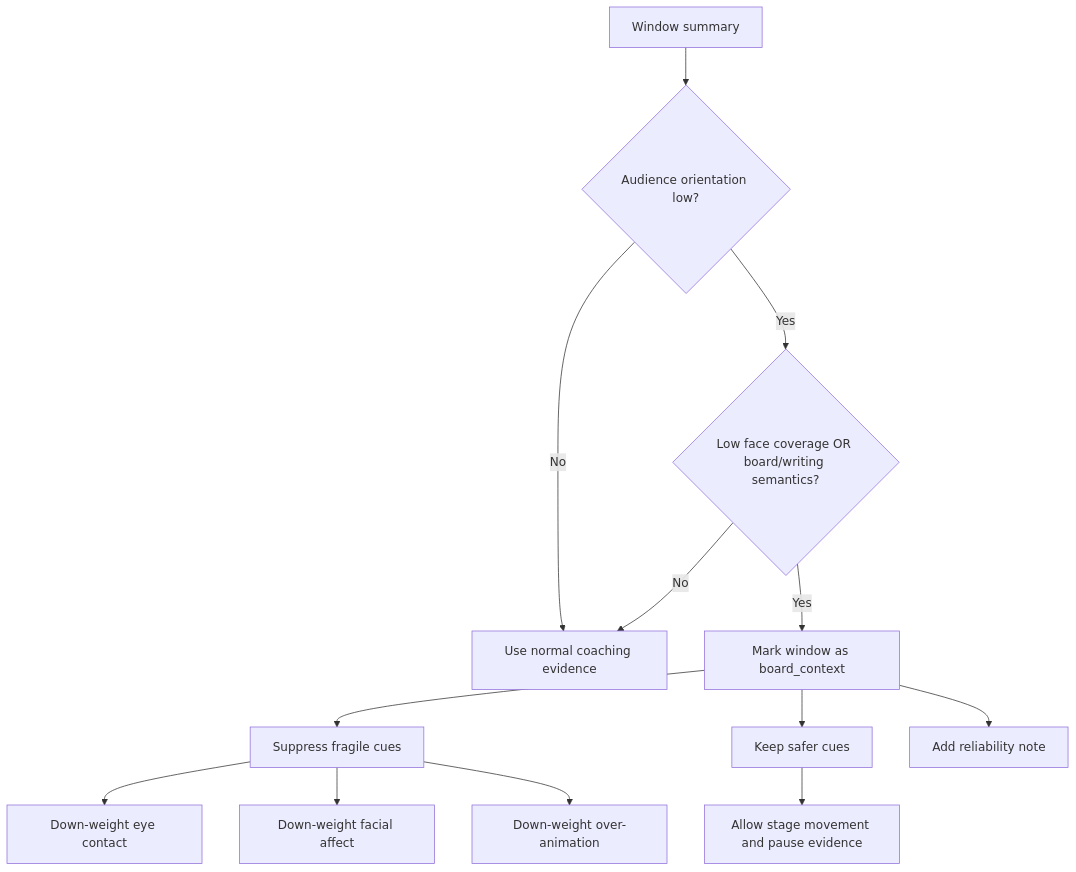
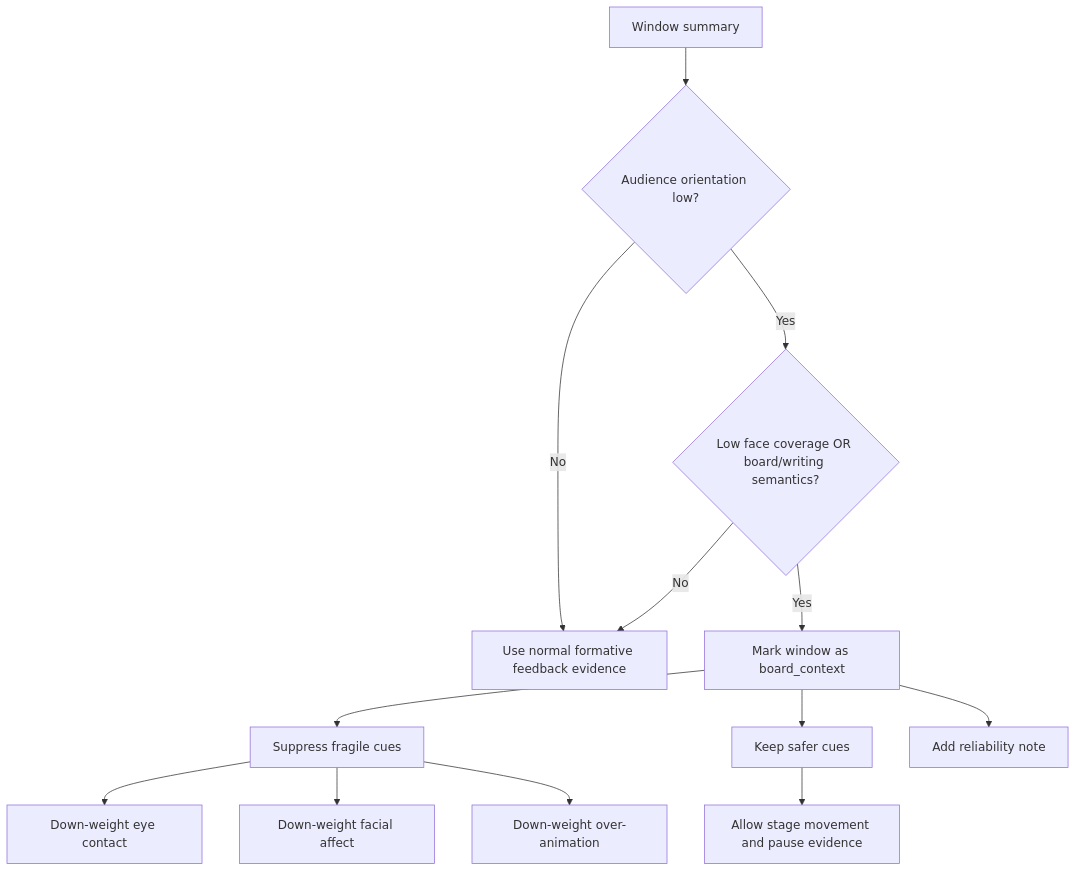
Before and after one commit to kv-248/TeacherEvaluation: the ninth of 9 diagrams in docs/thesis_research_report.md, drawn with Mermaid. The commit also changed other lines of this file and 8 other files, not shown here.

````diff
--- a/docs/thesis_research_report.md
+++ b/docs/thesis_research_report.md
@@ -371,15 +448,15 @@
 ```mermaid
 flowchart TD
     A[Window summary] --> B{Audience orientation low?}
-    B -- No --> C[Use normal coaching evidence]
+    B -- No --> C[Use normal formative feedback evidence]
     B -- Yes --> D{Low face coverage OR board/writing semantics?}
     D -- No --> C
     D -- Yes --> E[Mark window as board_context]
     E --> F[Suppress fragile cues]
     F --> G[Down-weight eye contact]
     F --> H[Down-weight facial affect]
     F --> I[Down-weight over-animation]
     E --> J[Keep safer cues]
     J --> K[Allow stage movement and pause evidence]
     E --> L[Add reliability note]
 ```
````
